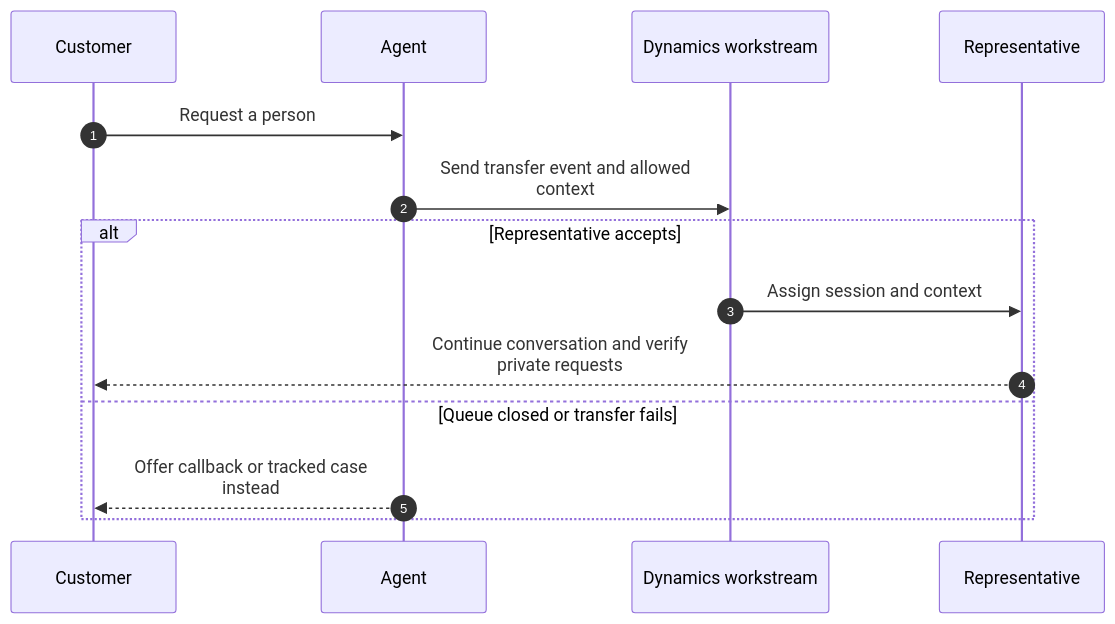
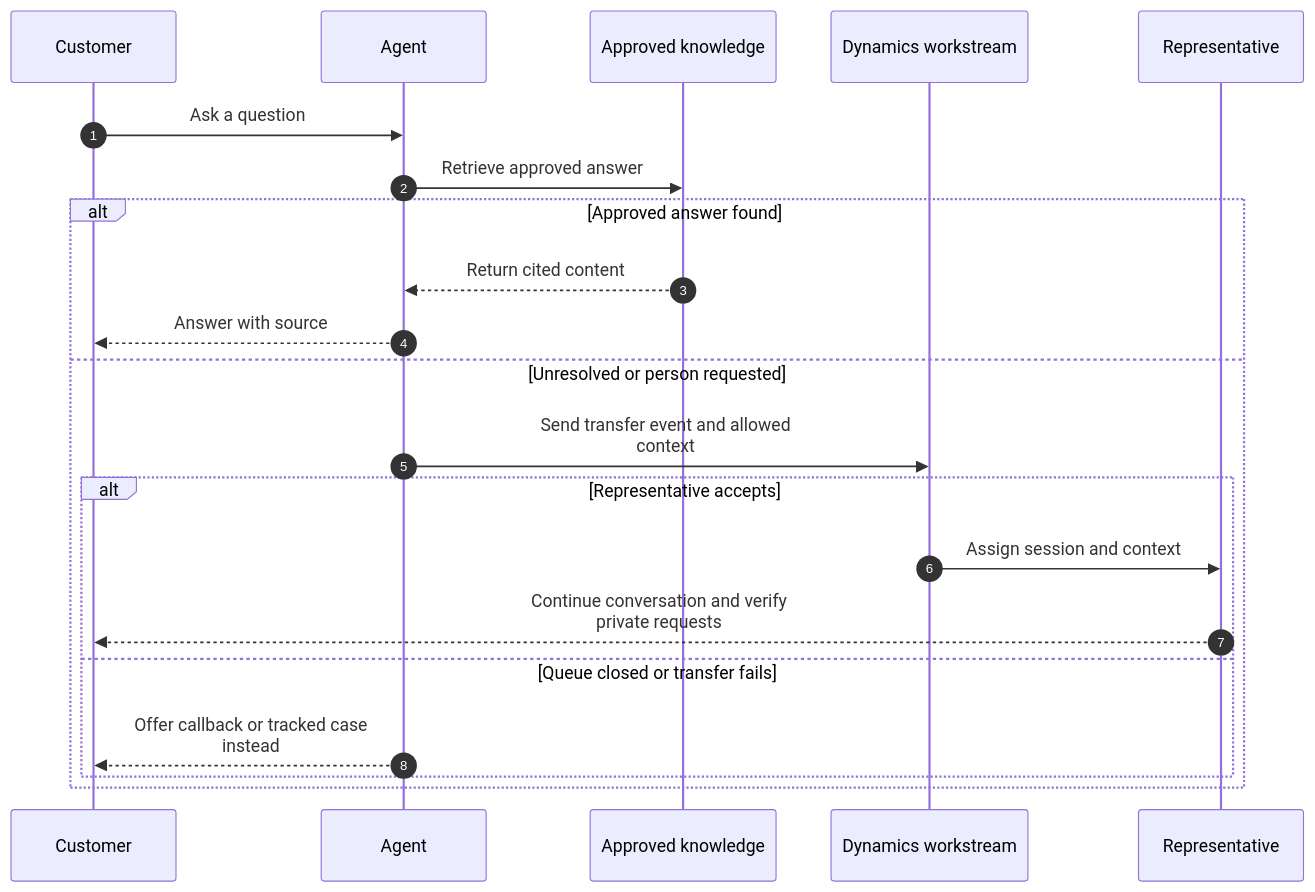
One commit to abhishek-ai-enabler/copilotstudio-architecture-patterns changed the second of 2 diagrams in solution-ideas/customer-support.md. Above: the diagram before and after it, drawn with Mermaid. The commit also changed other lines of this file and 41 other files, not shown here.

First line of the commit message:
Review diagrams: add return paths and fix flow accuracy

````diff
--- a/solution-ideas/customer-support.md
+++ b/solution-ideas/customer-support.md
@@ -32,17 +33,24 @@
 ```mermaid
 sequenceDiagram
     accTitle: Resolve customer questions or transfer them into a Dynamics workstream - technical flow
     autonumber
     participant U as Customer
     participant A as Agent
+    participant K as Approved knowledge
     participant W as Dynamics workstream
     participant H as Representative
-    U->>A: Request a person
-    A->>W: Send transfer event and allowed<br/>context
-    alt Representative accepts
+    U->>A: Ask a question
+    A->>K: Retrieve approved answer
+    alt Approved answer found
+      K-->>A: Return cited content
+      A-->>U: Answer with source
+    else Unresolved or person requested
+      A->>W: Send transfer event and allowed<br/>context
+      alt Representative accepts
         W->>H: Assign session and context
         H-->>U: Continue conversation and verify<br/>private requests
-    else Queue closed or transfer fails
+      else Queue closed or transfer fails
         A-->>U: Offer callback or tracked case<br/>instead
+      end
     end
 ```
````
